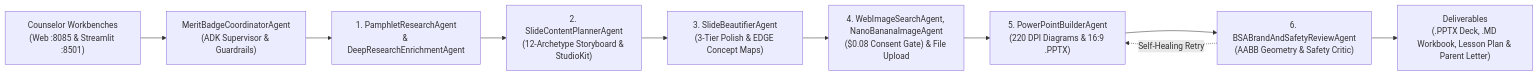
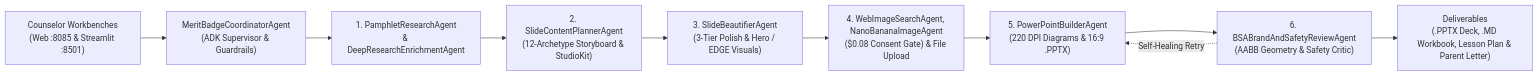
One commit to clayberg/scouts-bsa-merit-badge-agent changed the diagram in README.md. Above: the diagram before and after it, drawn with Mermaid. The commit also changed other lines of this file and 11 other files, not shown here.

````diff
--- a/README.md
+++ b/README.md
@@ -227,12 +227,12 @@
 ```mermaid
 flowchart LR
     UIs["Counselor Workbenches<br/>(Web :8085 & Streamlit :8501)"] --> Coord["MeritBadgeCoordinatorAgent<br/>(ADK Supervisor & Guardrails)"]
     Coord --> Res["1. PamphletResearchAgent<br/>& DeepResearchEnrichmentAgent"]
     Res --> Plan["2. SlideContentPlannerAgent<br/>(12-Archetype Storyboard & StudioKit)"]
-    Plan --> Beau["3. SlideBeautifierAgent<br/>(3-Tier Polish & EDGE Concept Maps)"]
+    Plan --> Beau["3. SlideBeautifierAgent<br/>(3-Tier Polish & Hero / EDGE Visuals)"]
     Beau --> ImgStudio["4. WebImageSearchAgent, NanoBananaImageAgent<br/>($0.08 Consent Gate) & File Upload"]
     ImgStudio --> Build["5. PowerPointBuilderAgent<br/>(220 DPI Diagrams & 16:9 .PPTX)"]
     Build --> Rev["6. BSABrandAndSafetyReviewAgent<br/>(AABB Geometry & Safety Critic)"]
     Rev -.->|"Self-Healing Retry"| Build
     Rev --> Out["Deliverables<br/>(.PPTX Deck, .MD Workbook, Lesson Plan & Parent Letter)"]
 ```
````
